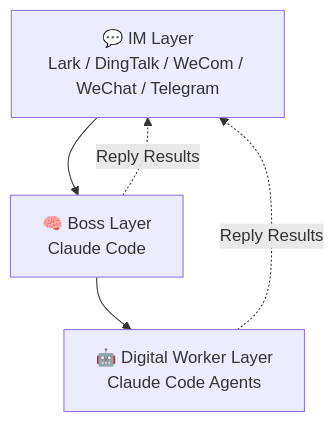
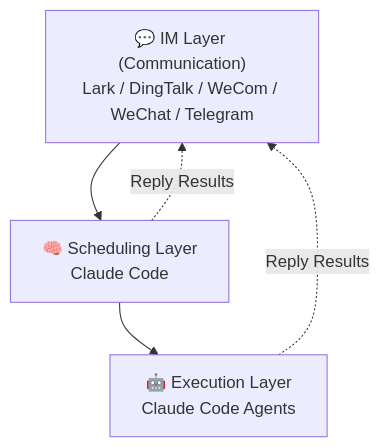
Before and after one commit to theopenbee/openbee: the diagram in README.md, drawn with Mermaid. The commit also changed other lines of this file and 1 other file, not shown here.

First line of the commit message:
docs: rename three-layer architecture to IM/Scheduling/Execution layers

````diff
--- a/README.md
+++ b/README.md
@@ -115,7 +115,7 @@
 ```mermaid
 graph TD
-    A["💬 IM Layer\nLark / DingTalk / WeCom / WeChat / Telegram"] --> B["🧠 Boss Layer\nClaude Code"]
-    B --> C["🤖 Digital Worker Layer\nClaude Code Agents"]
+    A["💬 IM Layer (Communication)\nLark / DingTalk / WeCom / WeChat / Telegram"] --> B["🧠 Scheduling Layer\nClaude Code"]
+    B --> C["🤖 Execution Layer\nClaude Code Agents"]
     C -. "Reply Results" .-> A
     B -. "Reply Results" .-> A
 ```
````
